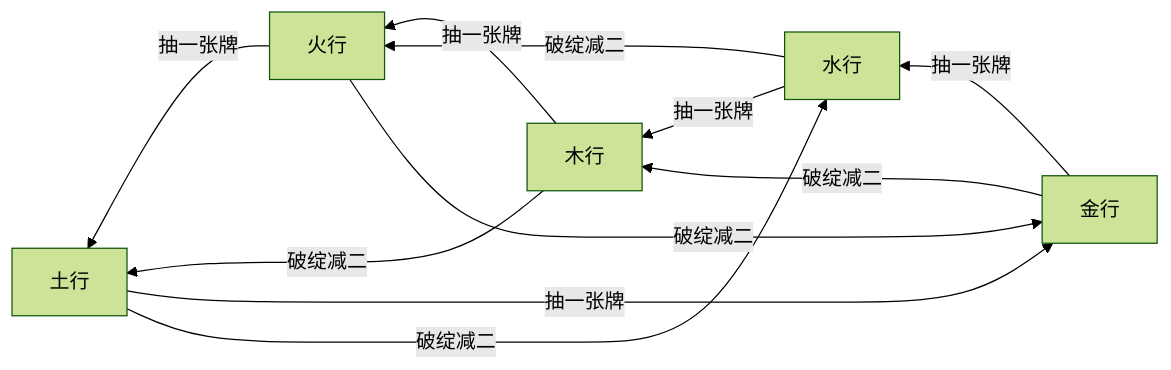
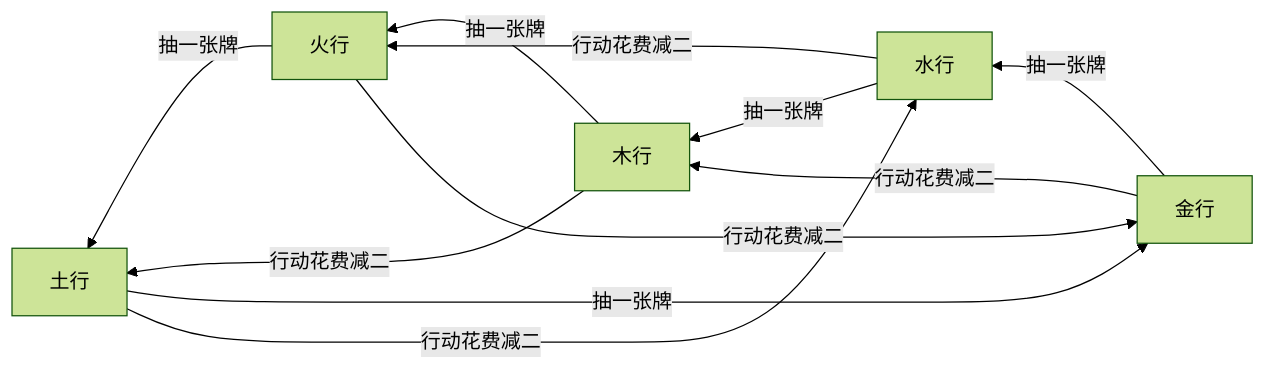
The seventh of 7 diagrams in README.md (jrcjrcc/Codex), drawn with Mermaid (forest theme) before and after one commit. The commit also changed other lines of this file and 34 other files, not shown here.

````diff
--- a/README.md
+++ b/README.md
@@ -1165,6 +1121,6 @@
 ```mermaid
 graph RL
 A[金行];B[木行];C[水行];D[火行];E[土行]
 B--抽一张牌-->D--抽一张牌-->E--抽一张牌-->A--抽一张牌-->C--抽一张牌-->B
-B--破绽减二-->E--破绽减二-->C--破绽减二-->D--破绽减二-->A--破绽减二-->B
+B--行动花费减二-->E--行动花费减二-->C--行动花费减二-->D--行动花费减二-->A--行动花费减二-->B
 ```
````
